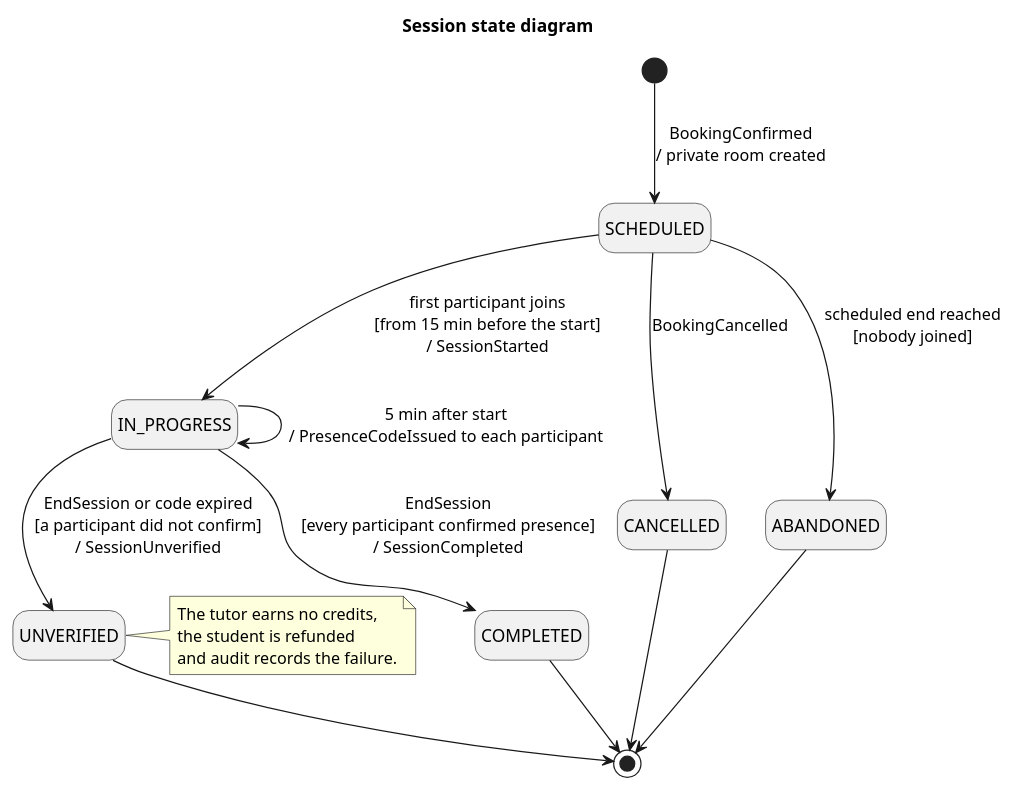
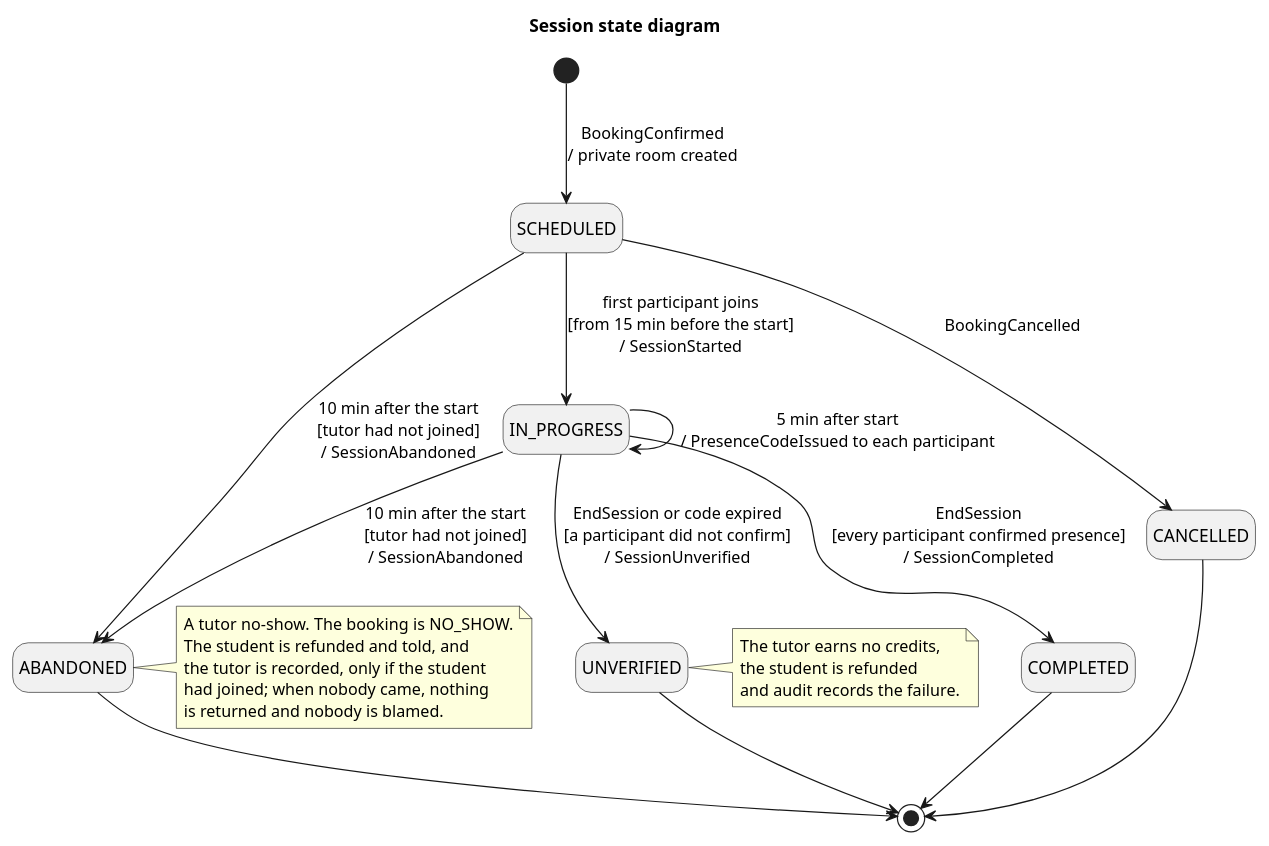
One commit to ayni-team/ayni changed the diagram in docs/architecture/uml/state-session.puml. Above: the diagram before and after it, drawn with PlantUML. The commit also changed 3 other files, not shown here.

First line of the commit message:
docs: describe the tutor no-show rule, its job and who listens to SessionAbandoned

```diff
--- a/docs/architecture/uml/state-session.puml
+++ b/docs/architecture/uml/state-session.puml
@@ -1,25 +1,34 @@
 @startuml state-session
 title Session state diagram
 hide empty description
 
 [*] --> SCHEDULED : BookingConfirmed\n/ private room created
 
 SCHEDULED --> IN_PROGRESS : first participant joins\n[from 15 min before the start]\n/ SessionStarted
 SCHEDULED --> CANCELLED : BookingCancelled
-SCHEDULED --> ABANDONED : scheduled end reached\n[nobody joined]
+SCHEDULED --> ABANDONED : 10 min after the start\n[tutor had not joined]\n/ SessionAbandoned
 
+IN_PROGRESS --> ABANDONED : 10 min after the start\n[tutor had not joined]\n/ SessionAbandoned
 IN_PROGRESS --> IN_PROGRESS : 5 min after start\n/ PresenceCodeIssued to each participant
 IN_PROGRESS --> COMPLETED : EndSession\n[every participant confirmed presence]\n/ SessionCompleted
 IN_PROGRESS --> UNVERIFIED : EndSession or code expired\n[a participant did not confirm]\n/ SessionUnverified
 
 COMPLETED --> [*]
 UNVERIFIED --> [*]
 ABANDONED --> [*]
 CANCELLED --> [*]
 
+note right of ABANDONED
+  A tutor no-show. The booking is NO_SHOW.
+  The student is refunded and told, and
+  the tutor is recorded, only if the student
+  had joined; when nobody came, nothing
+  is returned and nobody is blamed.
+end note
+
 note right of UNVERIFIED
   The tutor earns no credits,
   the student is refunded
   and audit records the failure.
 end note
 @enduml
```
